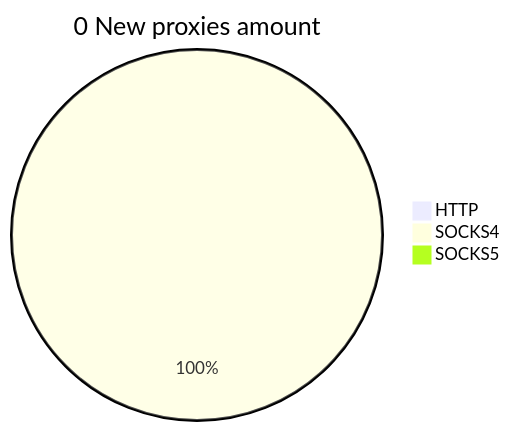
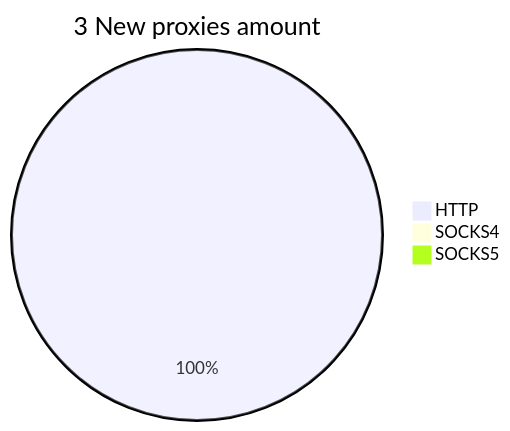
One commit to cutipu/proxylist changed the second of 2 diagrams in README.md. Above: the diagram before and after it, drawn with Mermaid. The commit also changed other lines of this file, not shown here.

````diff
--- a/README.md
+++ b/README.md
@@ -10,6 +10,6 @@
 ```mermaid
-pie title 0 New proxies amount
-    "HTTP" : 0
-    "SOCKS4" : 1
+pie title 3 New proxies amount
+    "HTTP" : 3
+    "SOCKS4" : 0
     "SOCKS5" : 0
 ```
````
